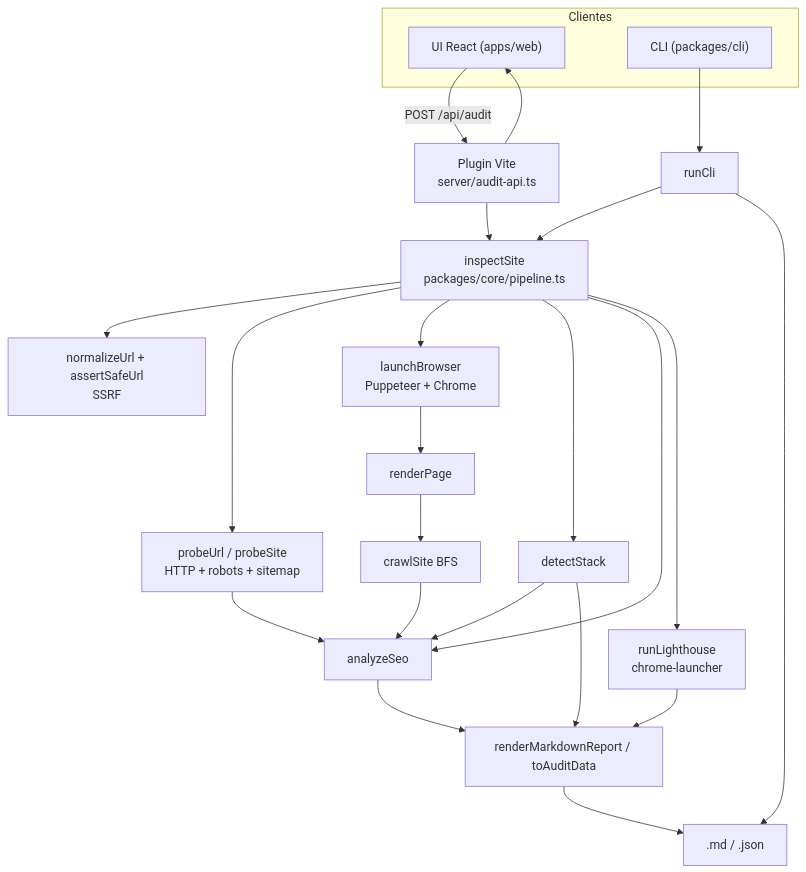
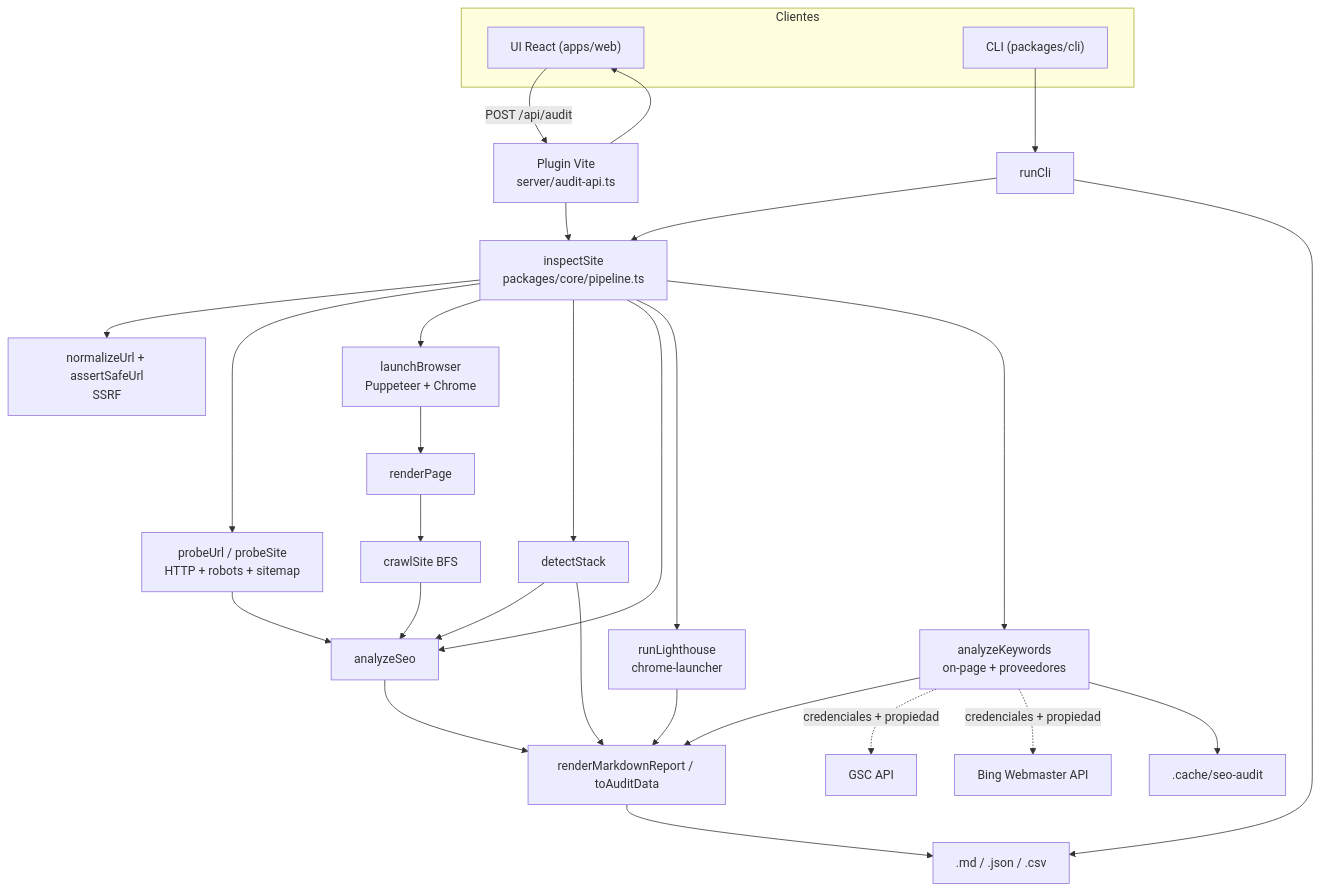
One commit to Neshomago/seo-audit changed the first of 3 diagrams in docs/ARCHITECTURE.md. Above: the diagram before and after it, drawn with Mermaid. The commit also changed other lines of this file and 6 other files, not shown here.

````diff
--- a/docs/ARCHITECTURE.md
+++ b/docs/ARCHITECTURE.md
@@ -108,32 +111,37 @@
 ```mermaid
 flowchart TD
   subgraph Clientes
     UI["UI React (apps/web)"]
     CLI["CLI (packages/cli)"]
   end
 
   UI -->|"POST /api/audit"| API["Plugin Vite<br/>server/audit-api.ts"]
   CLI --> RUN["runCli"]
 
   API --> PIPE["inspectSite<br/>packages/core/pipeline.ts"]
   RUN --> PIPE
 
   PIPE --> GUARD["normalizeUrl + assertSafeUrl<br/>SSRF"]
   PIPE --> PROBE["probeUrl / probeSite<br/>HTTP + robots + sitemap"]
   PIPE --> BROWSER["launchBrowser<br/>Puppeteer + Chrome"]
   BROWSER --> RENDER["renderPage"]
   RENDER --> CRAWL["crawlSite BFS"]
   PIPE --> DETECT["detectStack"]
   PIPE --> SEO["analyzeSeo"]
   PIPE --> LH["runLighthouse<br/>chrome-launcher"]
+  PIPE --> KEY["analyzeKeywords<br/>on-page + proveedores"]
 
   PROBE --> SEO
   CRAWL --> SEO
   DETECT --> SEO
   DETECT --> REPORT
   SEO --> REPORT["renderMarkdownReport / toAuditData"]
   LH --> REPORT
-  REPORT --> OUT[".md / .json"]
+  KEY --> REPORT
+  KEY -.->|"credenciales + propiedad"| GSC["GSC API"]
+  KEY -.->|"credenciales + propiedad"| BING["Bing Webmaster API"]
+  KEY --> CACHE[".cache/seo-audit"]
+  REPORT --> OUT[".md / .json / .csv"]
   API --> UI
   RUN --> OUT
 ```
````
